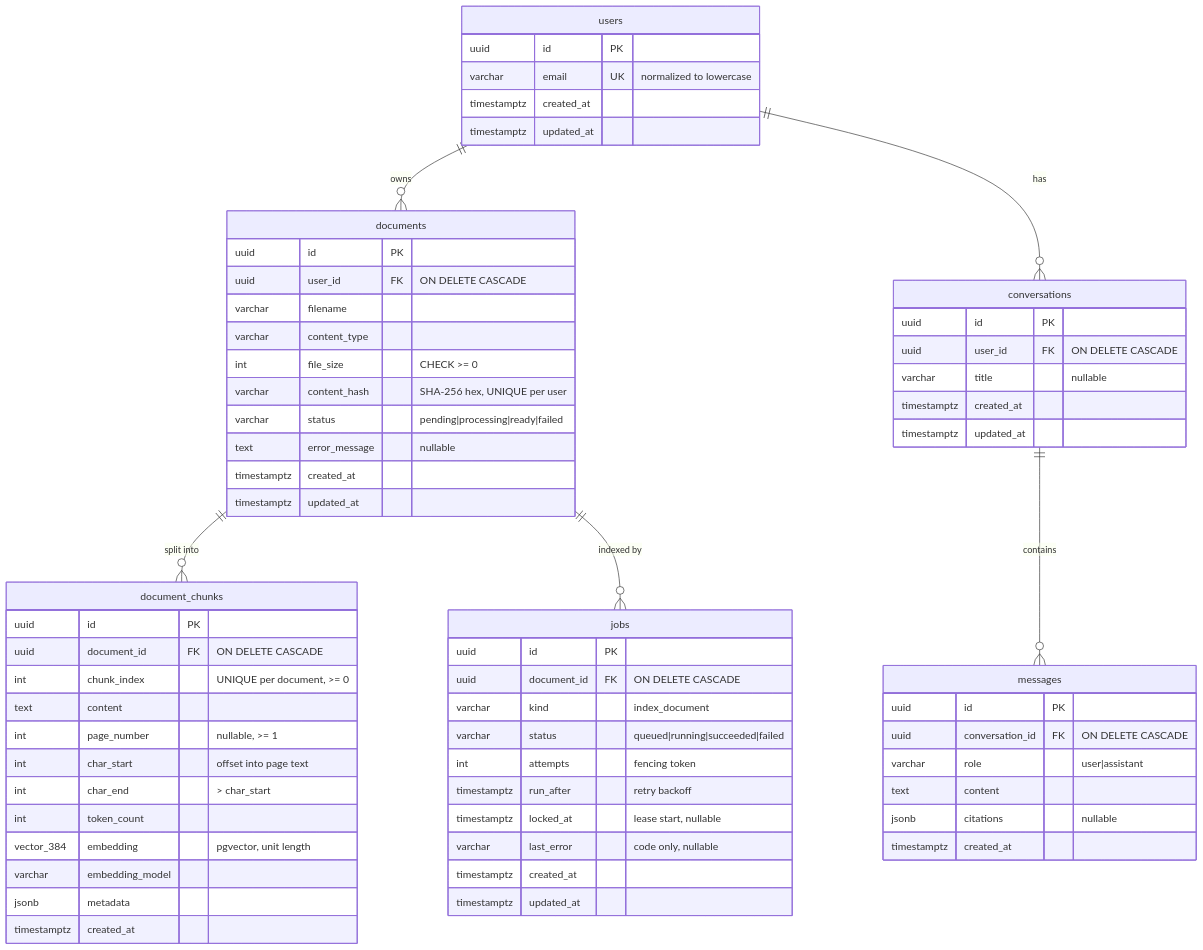
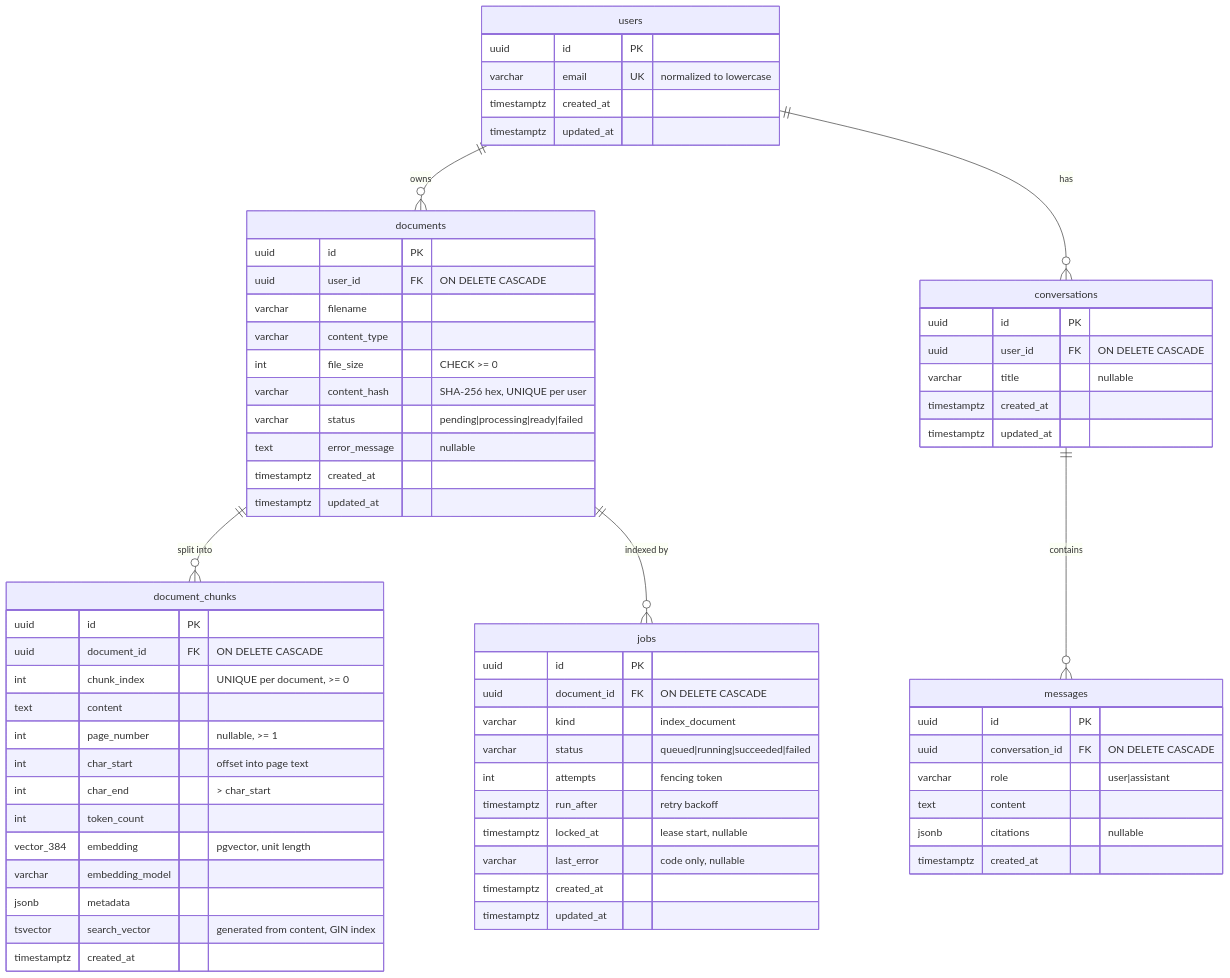
Before and after one commit to kassse1/DocMind: the first of 2 diagrams in README.md, drawn with Mermaid. The commit also changed other lines of this file and 1 other file, not shown here.

First line of the commit message:
docs(search): document hybrid search

````diff
--- a/README.md
+++ b/README.md
@@ -135,68 +140,69 @@
 ```mermaid
 erDiagram
     users ||--o{ documents : owns
     documents ||--o{ document_chunks : "split into"
     documents ||--o{ jobs : "indexed by"
     users ||--o{ conversations : has
     conversations ||--o{ messages : contains
 
     users {
         uuid id PK
         varchar email UK "normalized to lowercase"
         timestamptz created_at
         timestamptz updated_at
     }
     documents {
         uuid id PK
         uuid user_id FK "ON DELETE CASCADE"
         varchar filename
         varchar content_type
         int file_size "CHECK >= 0"
         varchar content_hash "SHA-256 hex, UNIQUE per user"
         varchar status "pending|processing|ready|failed"
         text error_message "nullable"
         timestamptz created_at
         timestamptz updated_at
     }
     document_chunks {
         uuid id PK
         uuid document_id FK "ON DELETE CASCADE"
         int chunk_index "UNIQUE per document, >= 0"
         text content
         int page_number "nullable, >= 1"
         int char_start "offset into page text"
         int char_end "> char_start"
         int token_count
         vector_384 embedding "pgvector, unit length"
         varchar embedding_model
         jsonb metadata
+        tsvector search_vector "generated from content, GIN index"
         timestamptz created_at
     }
     jobs {
         uuid id PK
         uuid document_id FK "ON DELETE CASCADE"
         varchar kind "index_document"
         varchar status "queued|running|succeeded|failed"
         int attempts "fencing token"
         timestamptz run_after "retry backoff"
         timestamptz locked_at "lease start, nullable"
         varchar last_error "code only, nullable"
         timestamptz created_at
         timestamptz updated_at
     }
     conversations {
         uuid id PK
         uuid user_id FK "ON DELETE CASCADE"
         varchar title "nullable"
         timestamptz created_at
         timestamptz updated_at
     }
     messages {
         uuid id PK
         uuid conversation_id FK "ON DELETE CASCADE"
         varchar role "user|assistant"
         text content
         jsonb citations "nullable"
         timestamptz created_at
     }
 ```
````
